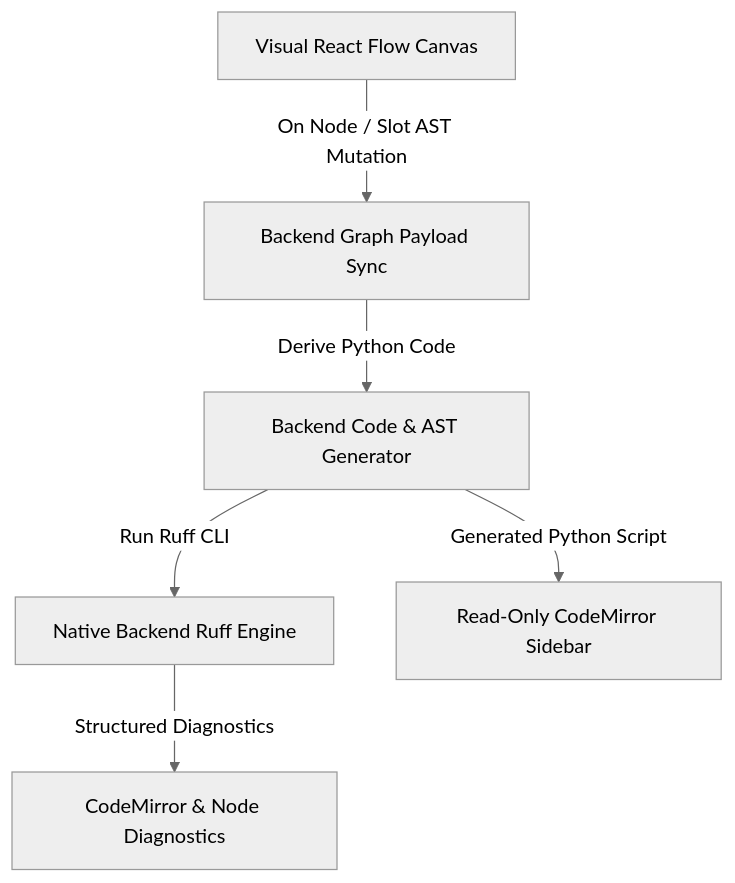
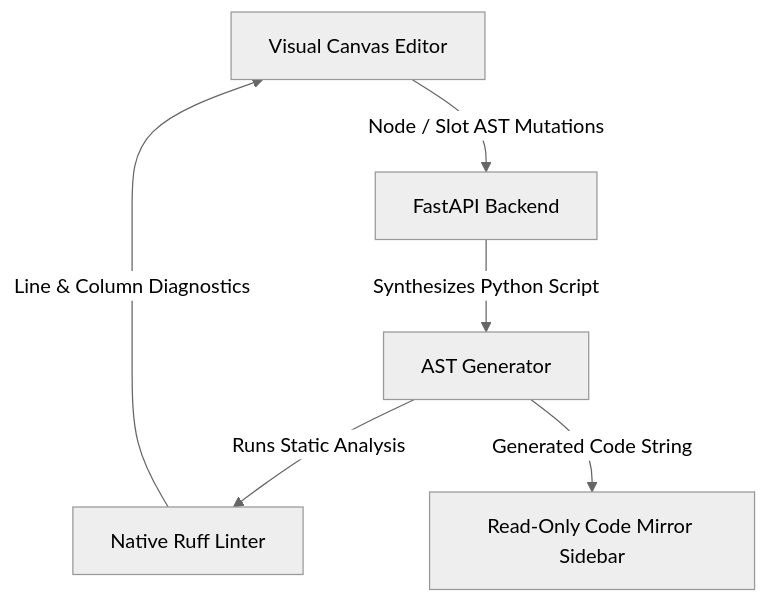
One commit to kszucher/mapboard-v2 changed the diagram in README.md. Above: the diagram before and after it, drawn with Mermaid (neutral theme). The commit also changed other lines of this file, not shown here.

````diff
--- a/README.md
+++ b/README.md
@@ -72,8 +37,8 @@
 ```mermaid
 graph TD
-    Canvas[Visual React Flow Canvas] -- "On Node / Slot AST Mutation" --> Sync[Backend Graph Payload Sync]
-    Sync -- "Derive Python Code" --> Gen[Backend Code & AST Generator]
-    Gen -- "Run Ruff CLI" --> Ruff[Native Backend Ruff Engine]
-    Gen -- "Generated Python Script" --> Preview[Read-Only CodeMirror Sidebar]
-    Ruff -- "Structured Diagnostics" --> Diags[CodeMirror & Node Diagnostics]
+    UI[Visual Canvas Editor] -- "Node / Slot AST Mutations" --> API[FastAPI Backend]
+    API -- "Synthesizes Python Script" --> Compiler[AST Generator]
+    Compiler -- "Runs Static Analysis" --> Ruff[Native Ruff Linter]
+    Compiler -- "Generated Code String" --> Sidebar[Read-Only Code Mirror Sidebar]
+    Ruff -- "Line & Column Diagnostics" --> UI
 ```
````
